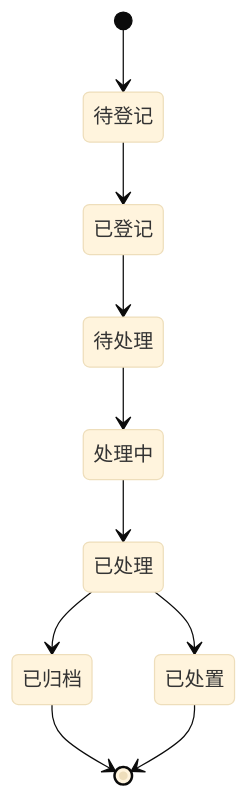
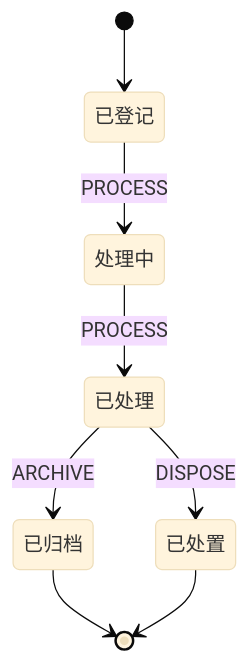
The fifth of 6 diagrams in specs/001-lims-core/design.md (JackSmith111977/Lims), drawn with Mermaid (base theme) before and after one commit. The commit also changed other lines of this file and 19 other files, not shown here.

Commit message:
feat(lims): implement sample flow workflows [FR-SAMPLE-004]

````diff
--- a/specs/001-lims-core/design.md
+++ b/specs/001-lims-core/design.md
@@ -158,12 +158,10 @@
 ```mermaid
 stateDiagram-v2
-    [*] --> 待登记
-    待登记 --> 已登记
-    已登记 --> 待处理
-    待处理 --> 处理中
-    处理中 --> 已处理
-    已处理 --> 已归档
-    已处理 --> 已处置
+    [*] --> 已登记
+    已登记 --> 处理中: PROCESS
+    处理中 --> 已处理: PROCESS
+    已处理 --> 已归档: ARCHIVE
+    已处理 --> 已处置: DISPOSE
     已归档 --> [*]
     已处置 --> [*]
 ```
````
